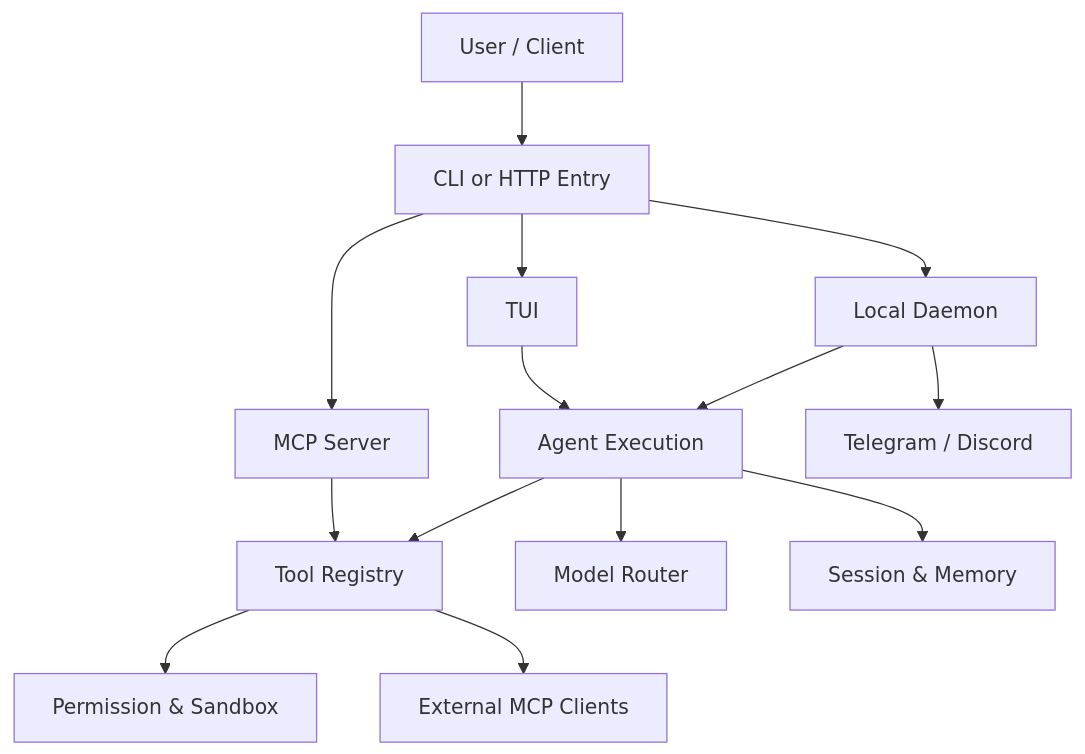
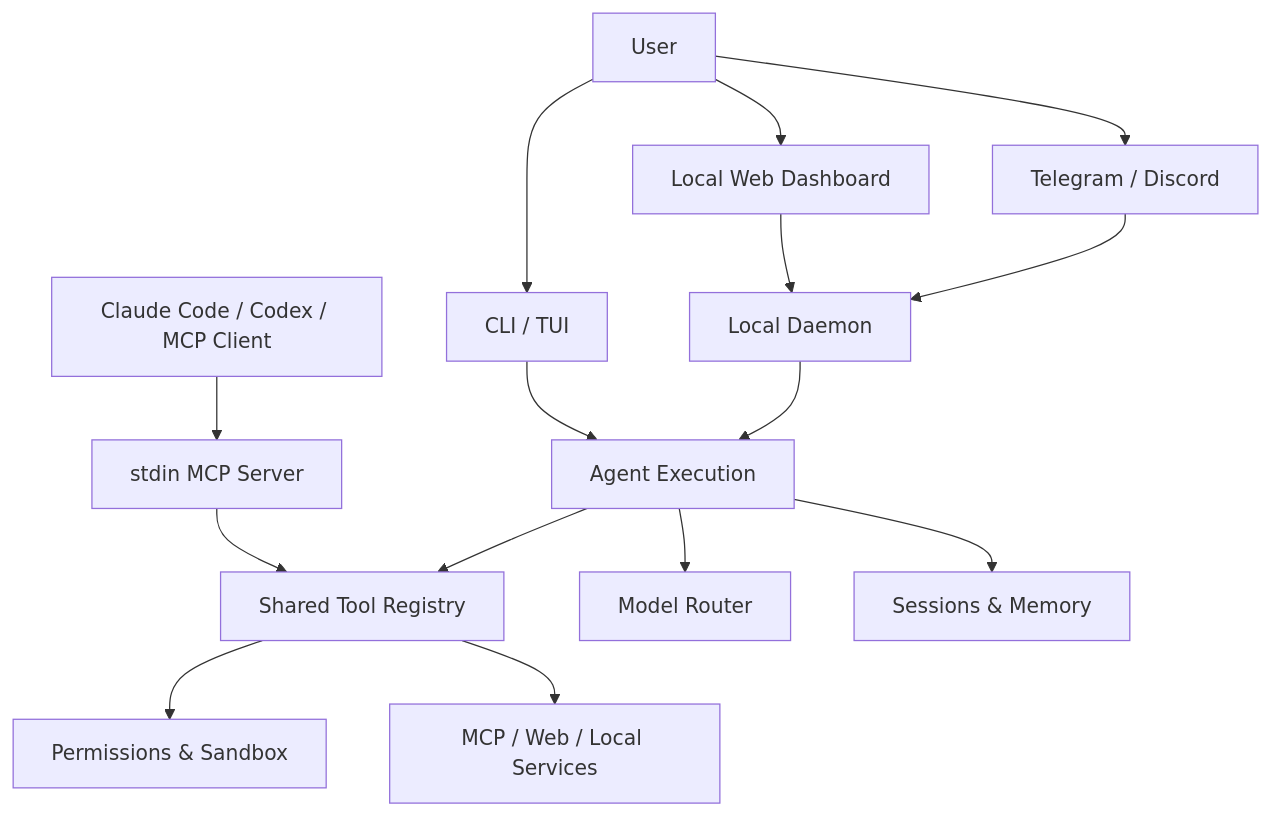
Before and after one commit to agenvoy/Agenvoy: the first of 9 diagrams in doc/architecture.md, drawn with Mermaid. The commit also changed other lines of this file and 5 other files, not shown here.

````diff
--- a/doc/architecture.md
+++ b/doc/architecture.md
@@ -9,16 +9,17 @@
 ```mermaid
 graph TB
-    User[User / Client] --> Entry[CLI or HTTP Entry]
-    Entry --> TUI[TUI]
-    Entry --> Daemon[Local Daemon]
-    Entry --> MCPServer[MCP Server]
+    User[User] --> TUI[CLI / TUI]
+    User --> Dashboard[Local Web Dashboard]
+    User --> Channels[Telegram / Discord]
+    Client[Claude Code / Codex / MCP Client] --> MCPServer[stdin MCP Server]
     TUI --> Exec[Agent Execution]
+    Dashboard --> Daemon[Local Daemon]
+    Channels --> Daemon
     Daemon --> Exec
-    MCPServer --> Tools[Tool Registry]
+    MCPServer --> Tools[Shared Tool Registry]
     Exec --> Router[Model Router]
     Exec --> Tools
-    Exec --> Sessions[Session & Memory]
-    Tools --> Guard[Permission & Sandbox]
-    Daemon --> Chat[Telegram / Discord]
-    Tools --> MCPClient[External MCP Clients]
+    Exec --> Sessions[Sessions & Memory]
+    Tools --> Guard[Permissions & Sandbox]
+    Tools --> External[MCP / Web / Local Services]
 ```
````
